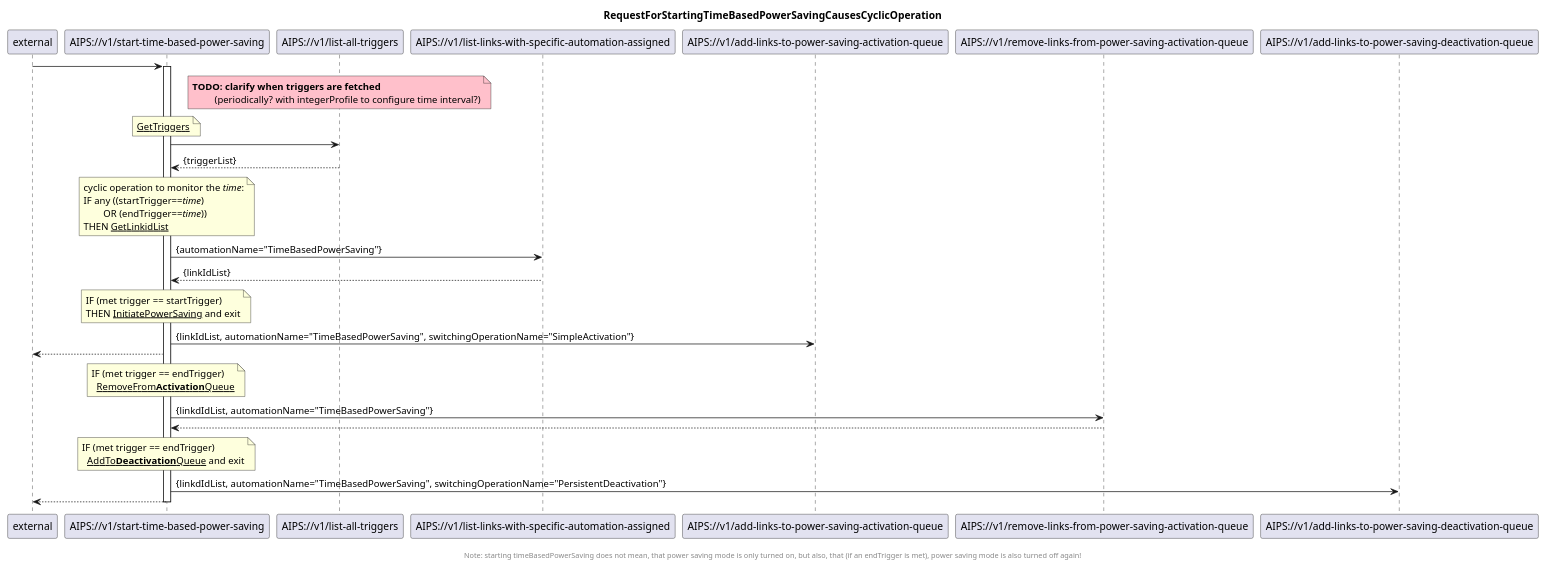
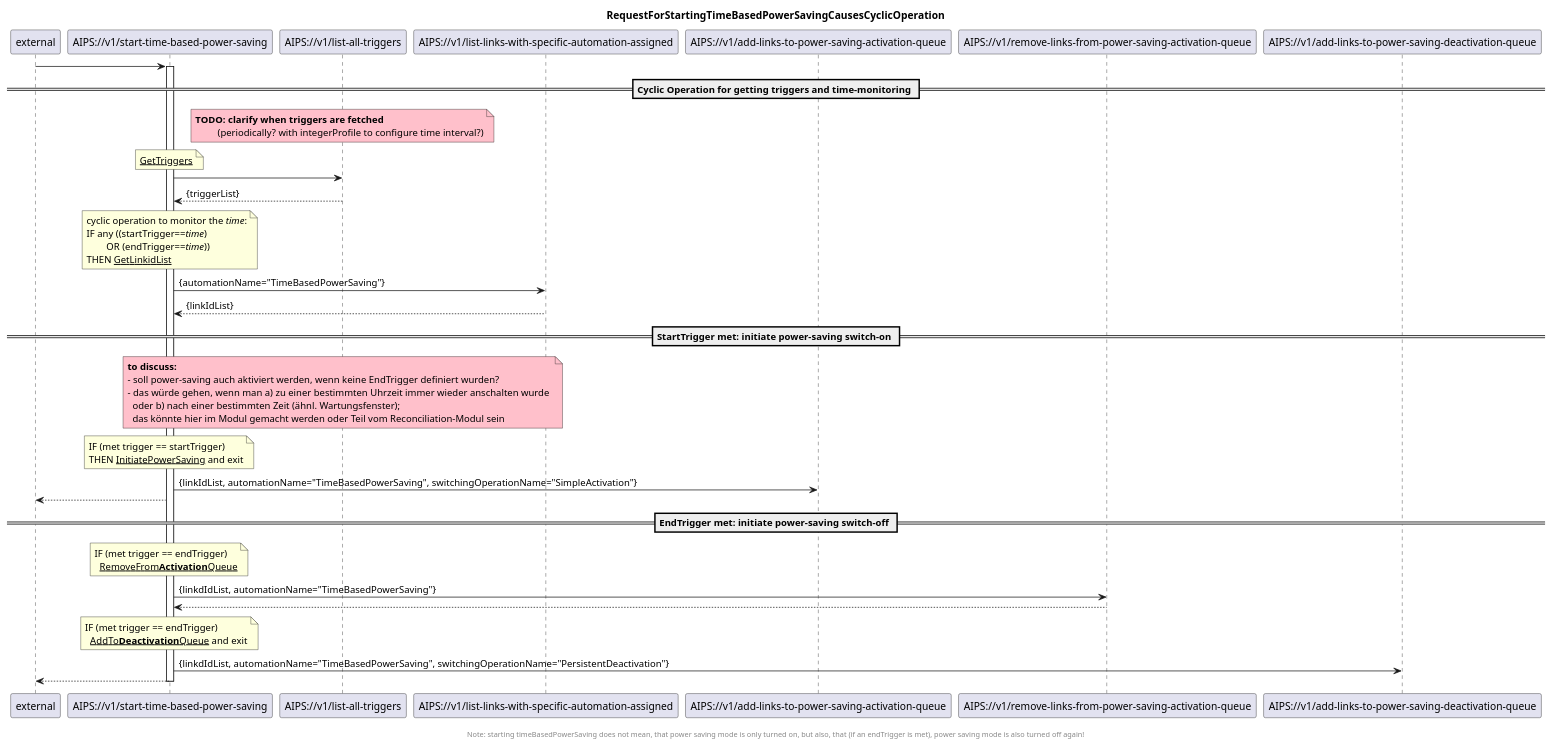
Before and after one commit to openBackhaul/AirInterfacePowerSaver: the diagram in spec/diagrams/02_LinkGroupRelatedAutomation/210_startTimeBasedPowerSaving.plantuml, drawn with PlantUML.

Commit message:
Update module2 diagrams

```diff
--- a/spec/diagrams/02_LinkGroupRelatedAutomation/210_startTimeBasedPowerSaving.plantuml
+++ b/spec/diagrams/02_LinkGroupRelatedAutomation/210_startTimeBasedPowerSaving.plantuml
@@ -1,77 +1,89 @@
 @startuml 210_startTimeBasedPowerSaving
 skinparam responseMessageBelowArrow true
 
 title
 RequestForStartingTimeBasedPowerSavingCausesCyclicOperation
 end title
 
 participant "external" as requestor
 participant "AIPS://v1/start-time-based-power-saving" as startPsModule
 participant "AIPS://v1/list-all-triggers" as listTriggers
 participant "AIPS://v1/list-links-with-specific-automation-assigned" as listLinks
 participant "AIPS://v1/add-links-to-power-saving-activation-queue" as startSimpleActivation
 participant "AIPS://v1/remove-links-from-power-saving-activation-queue" as stopSimpleActivation
 participant "AIPS://v1/add-links-to-power-saving-deactivation-queue" as startPersistentDeactivation
 
 
 requestor -> startPsModule
 activate startPsModule
+
+== Cyclic Operation for getting triggers and time-monitoring ==
 
 'open question:
 note over listTriggers #Pink
  <b>TODO: clarify when triggers are fetched 
           (periodically? with integerProfile to configure time interval?)
 end note
 
 'get triggers
 note over startPsModule
   <u>GetTriggers</u>
 end note
 startPsModule -> listTriggers
 listTriggers --> startPsModule: {triggerList}
 
 
 'monitor if any trigger is met
 note over startPsModule
   cyclic operation to monitor the <i>time</i>:
   IF any ((startTrigger==<i>time</i>) 
           OR (endTrigger==<i>time</i>))
   THEN <u>GetLinkidList</u>
 end note
 startPsModule -> listLinks: {automationName="TimeBasedPowerSaving"}
 listLinks --> startPsModule: {linkIdList}
 
+== StartTrigger met: initiate power-saving switch-on ==
+note over listTriggers #pink
+  <b>to discuss:</b>
+  - soll power-saving auch aktiviert werden, wenn keine EndTrigger definiert wurden?
+  - das würde gehen, wenn man a) zu einer bestimmten Uhrzeit immer wieder anschalten wurde 
+    oder b) nach einer bestimmten Zeit (ähnl. Wartungsfenster); 
+    das könnte hier im Modul gemacht werden oder Teil vom Reconciliation-Modul sein
+end note
 
 'StartTrigger is met
 note over startPsModule
   IF (met trigger == startTrigger)
   THEN <u>InitiatePowerSaving</u> and exit
 end note
 startPsModule -> startSimpleActivation: {linkIdList, automationName="TimeBasedPowerSaving", switchingOperationName="SimpleActivation"}
 startPsModule --> requestor
 
+
+== EndTrigger met: initiate power-saving switch-off ==
+
 'EndTrigger is met: stop ongoing/planned power saving
 note over startPsModule
   IF (met trigger == endTrigger)
     <u>RemoveFrom<b>Activation</b>Queue</u>
 end note
 startPsModule -> stopSimpleActivation: {linkdIdList, automationName="TimeBasedPowerSaving"}
 stopSimpleActivation --> startPsModule
-
 
 'EndTrigger is met: initiate power saving switch-off
 note over startPsModule
   IF (met trigger == endTrigger)
     <u>AddTo<b>Deactivation</b>Queue</u> and exit
 end note
 startPsModule -> startPersistentDeactivation: {linkdIdList, automationName="TimeBasedPowerSaving", switchingOperationName="PersistentDeactivation"}
 startPsModule --> requestor
 
 deactivate startPsModule
 
 footer
 
   Note: starting timeBasedPowerSaving does not mean, that power saving mode is only turned on, but also, that (if an endTrigger is met), power saving mode is also turned off again!
 end footer
 
 @enduml
```
